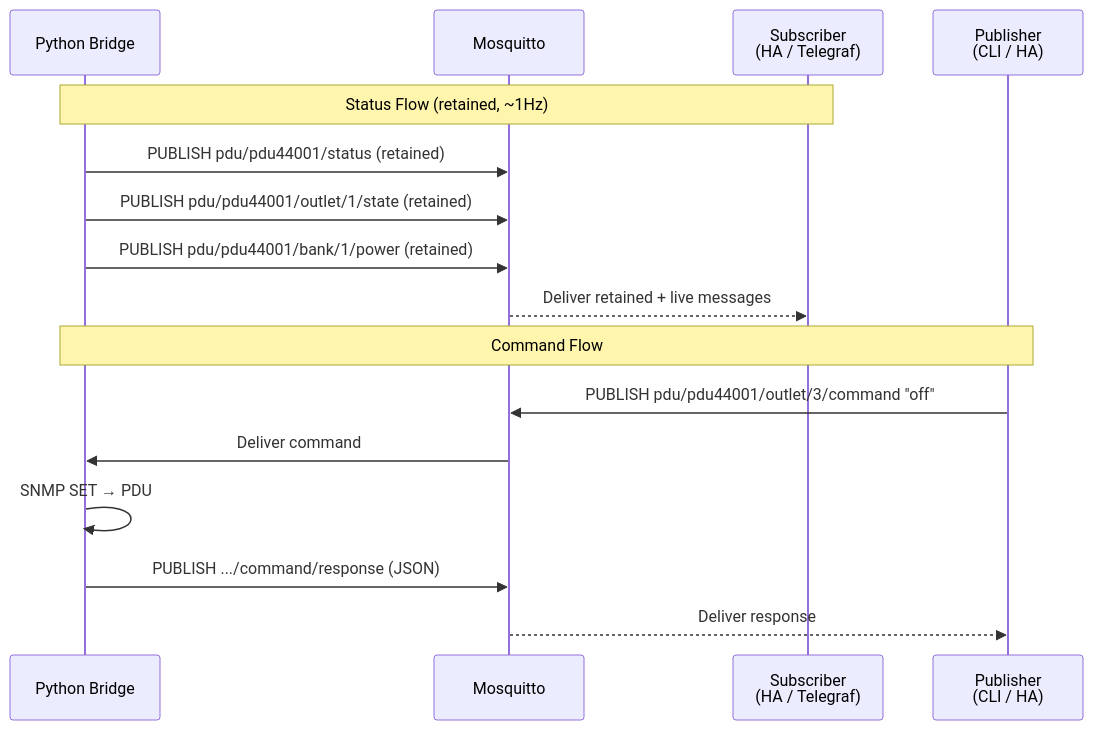
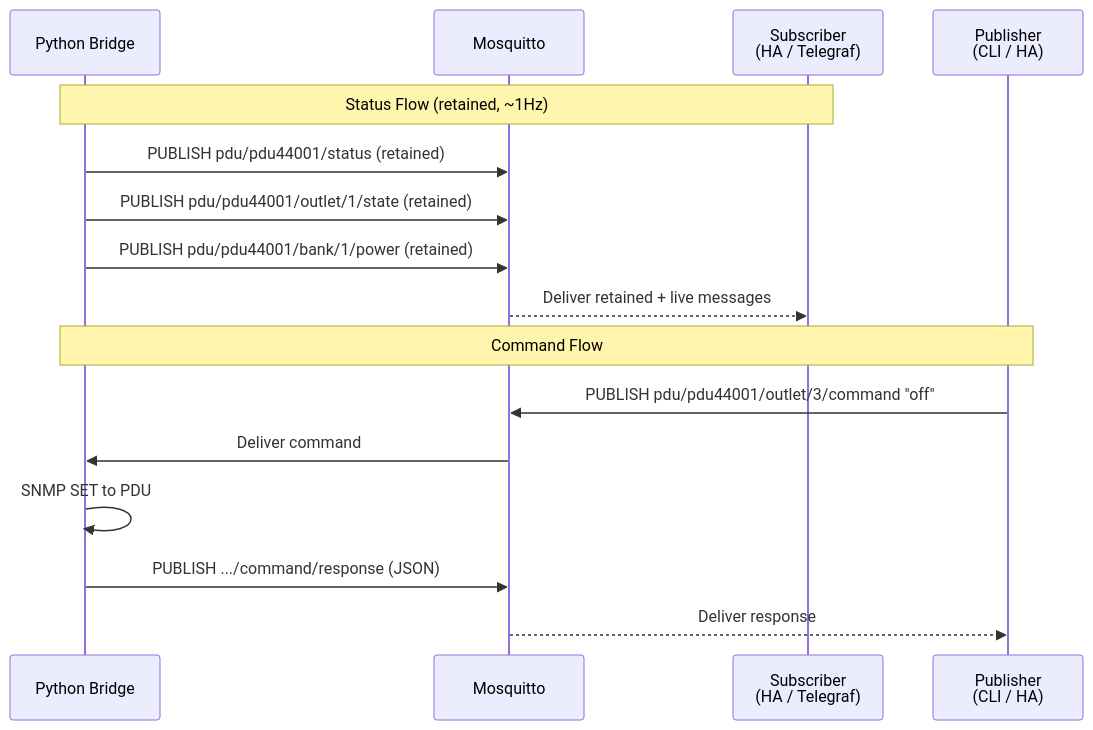
Before and after one commit to mvalancy/CyberPower-PDU: the second of 2 diagrams in docs/mqtt-topics.md, drawn with Mermaid. The commit also changed other lines of this file and 3 other files, not shown here.

````diff
--- a/docs/mqtt-topics.md
+++ b/docs/mqtt-topics.md
@@ -56,20 +132,20 @@
 ```mermaid
 sequenceDiagram
     participant Bridge as Python Bridge
     participant Broker as Mosquitto
     participant Sub as Subscriber<br/>(HA / Telegraf)
     participant Pub as Publisher<br/>(CLI / HA)
 
     Note over Bridge,Sub: Status Flow (retained, ~1Hz)
     Bridge->>Broker: PUBLISH pdu/pdu44001/status (retained)
     Bridge->>Broker: PUBLISH pdu/pdu44001/outlet/1/state (retained)
     Bridge->>Broker: PUBLISH pdu/pdu44001/bank/1/power (retained)
     Broker-->>Sub: Deliver retained + live messages
 
     Note over Pub,Bridge: Command Flow
     Pub->>Broker: PUBLISH pdu/pdu44001/outlet/3/command "off"
     Broker->>Bridge: Deliver command
-    Bridge->>Bridge: SNMP SET → PDU
+    Bridge->>Bridge: SNMP SET to PDU
     Bridge->>Broker: PUBLISH .../command/response (JSON)
     Broker-->>Pub: Deliver response
 ```
````
